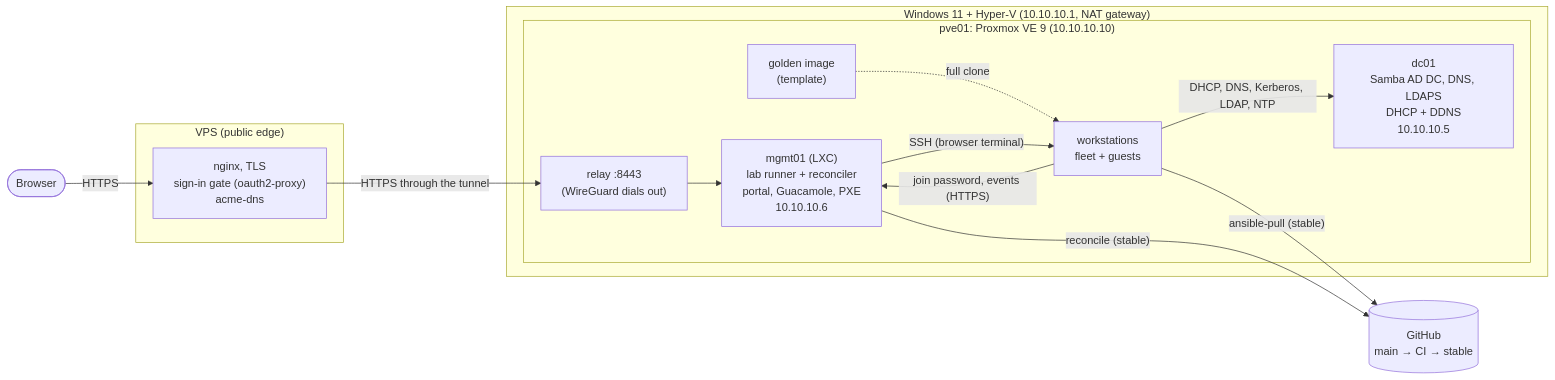
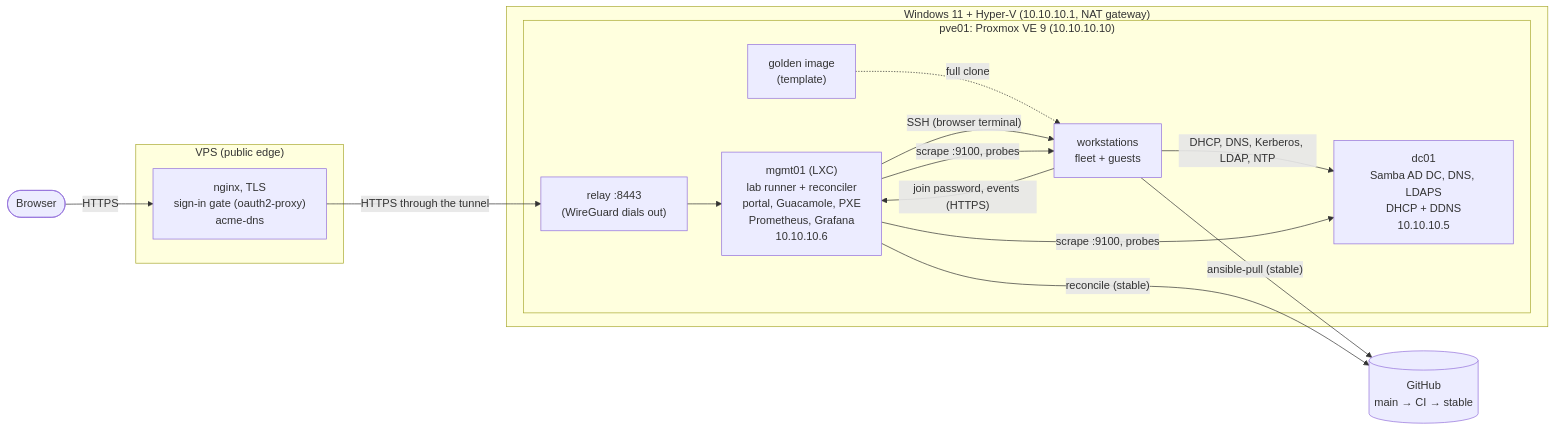
The diagram in README.md (Taco2sD/proxmox-lab), drawn with Mermaid before and after one commit. The commit also changed other lines of this file and 27 other files, not shown here.

First line of the commit message:
Monitoring: Prometheus + Grafana on mgmt01, following the machines as they come and go

````diff
--- a/README.md
+++ b/README.md
@@ -58,25 +58,26 @@
 ```mermaid
 flowchart LR
   U(["Browser"])
   subgraph VPS["VPS (public edge)"]
     NG["nginx, TLS<br/>sign-in gate (oauth2-proxy)<br/>acme-dns"]
   end
   subgraph PC["Windows 11 + Hyper-V (10.10.10.1, NAT gateway)"]
     subgraph PVE["pve01: Proxmox VE 9 (10.10.10.10)"]
       RL["relay :8443<br/>(WireGuard dials out)"]
       DC["dc01<br/>Samba AD DC, DNS, LDAPS<br/>DHCP + DDNS<br/>10.10.10.5"]
-      MG["mgmt01 (LXC)<br/>lab runner + reconciler<br/>portal, Guacamole, PXE<br/>10.10.10.6"]
+      MG["mgmt01 (LXC)<br/>lab runner + reconciler<br/>portal, Guacamole, PXE<br/>Prometheus, Grafana<br/>10.10.10.6"]
       IMG["golden image<br/>(template)"]
       WS["workstations<br/>fleet + guests"]
     end
   end
   GH[("GitHub<br/>main → CI → stable")]
   U -- HTTPS --> NG
   NG -- "HTTPS through the tunnel" --> RL --> MG
   IMG -. "full clone" .-> WS
   WS -- "DHCP, DNS, Kerberos, LDAP, NTP" --> DC
   WS -- "join password, events (HTTPS)" --> MG
   MG -- "SSH (browser terminal)" --> WS
+  MG -- "scrape :9100, probes" --> WS & DC
   WS -- "ansible-pull (stable)" --> GH
   MG -- "reconcile (stable)" --> GH
 ```
````
